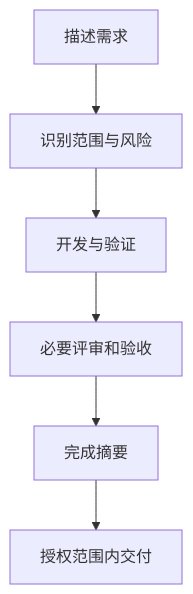
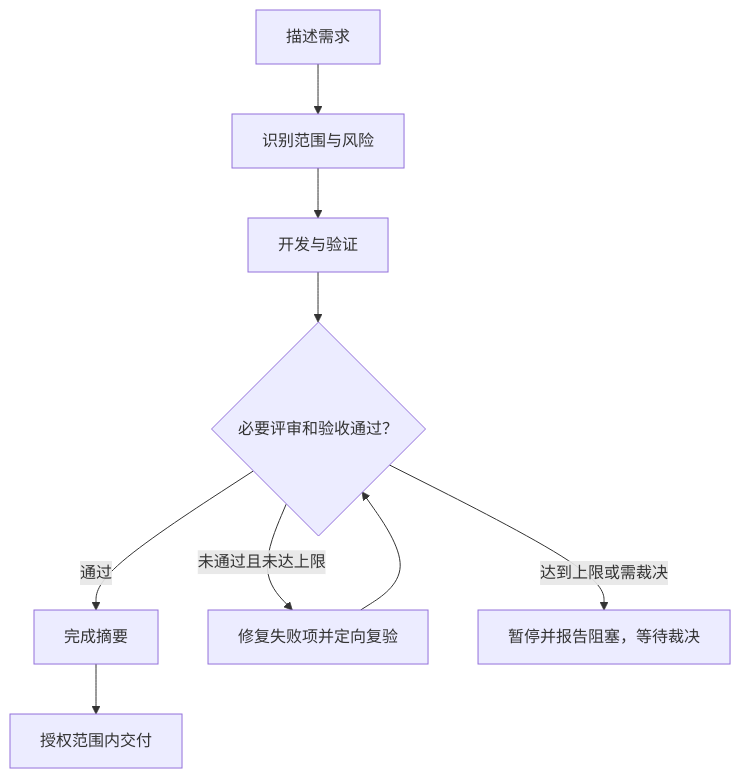
Before and after one commit to wzm111/pipeline-standard: the diagram in README.md, drawn with Mermaid.

Commit message:
补全验收打回修复与复验循环图

````diff
--- a/README.md
+++ b/README.md
@@ -66,8 +66,11 @@
 ```mermaid
 flowchart TD
     A["描述需求"] --> B["识别范围与风险"]
     B --> C["开发与验证"]
-    C --> D["必要评审和验收"]
-    D --> E["完成摘要"]
+    C --> D{"必要评审和验收通过？"}
+    D -->|通过| E["完成摘要"]
+    D -->|未通过且未达上限| G["修复失败项并定向复验"]
+    G --> D
+    D -->|达到上限或需裁决| H["暂停并报告阻塞，等待裁决"]
     E --> F["授权范围内交付"]
 ```
````
